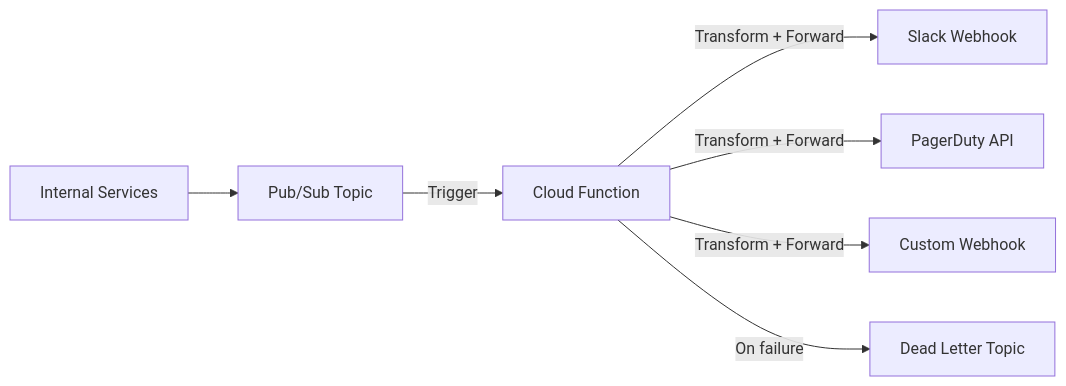
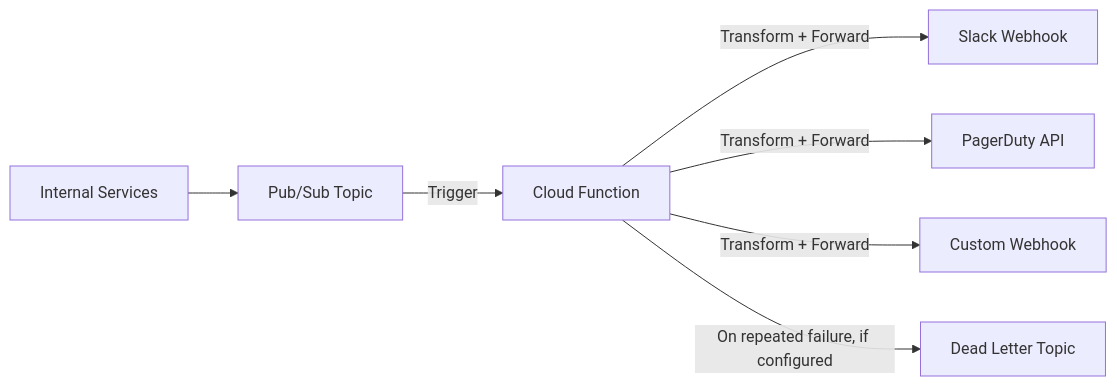
The diagram in posts/2026-02-17-how-to-set-up-a-cloud-function-to-forward-pubsub-messages-to-a-third-party-webhook/README.md (OneUptime/blog), drawn with Mermaid before and after one commit. The commit also changed other lines of this file and 2 other files, not shown here.

````diff
--- a/posts/2026-02-17-how-to-set-up-a-cloud-function-to-forward-pubsub-messages-to-a-third-party-webhook/README.md
+++ b/posts/2026-02-17-how-to-set-up-a-cloud-function-to-forward-pubsub-messages-to-a-third-party-webhook/README.md
@@ -17,9 +17,9 @@
 ```mermaid
 graph LR
     A[Internal Services] --> B[Pub/Sub Topic]
     B -->|Trigger| C[Cloud Function]
     C -->|Transform + Forward| D[Slack Webhook]
     C -->|Transform + Forward| E[PagerDuty API]
     C -->|Transform + Forward| F[Custom Webhook]
-    C -->|On failure| G[Dead Letter Topic]
+    C -->|On repeated failure, if configured| G[Dead Letter Topic]
 ```
````
